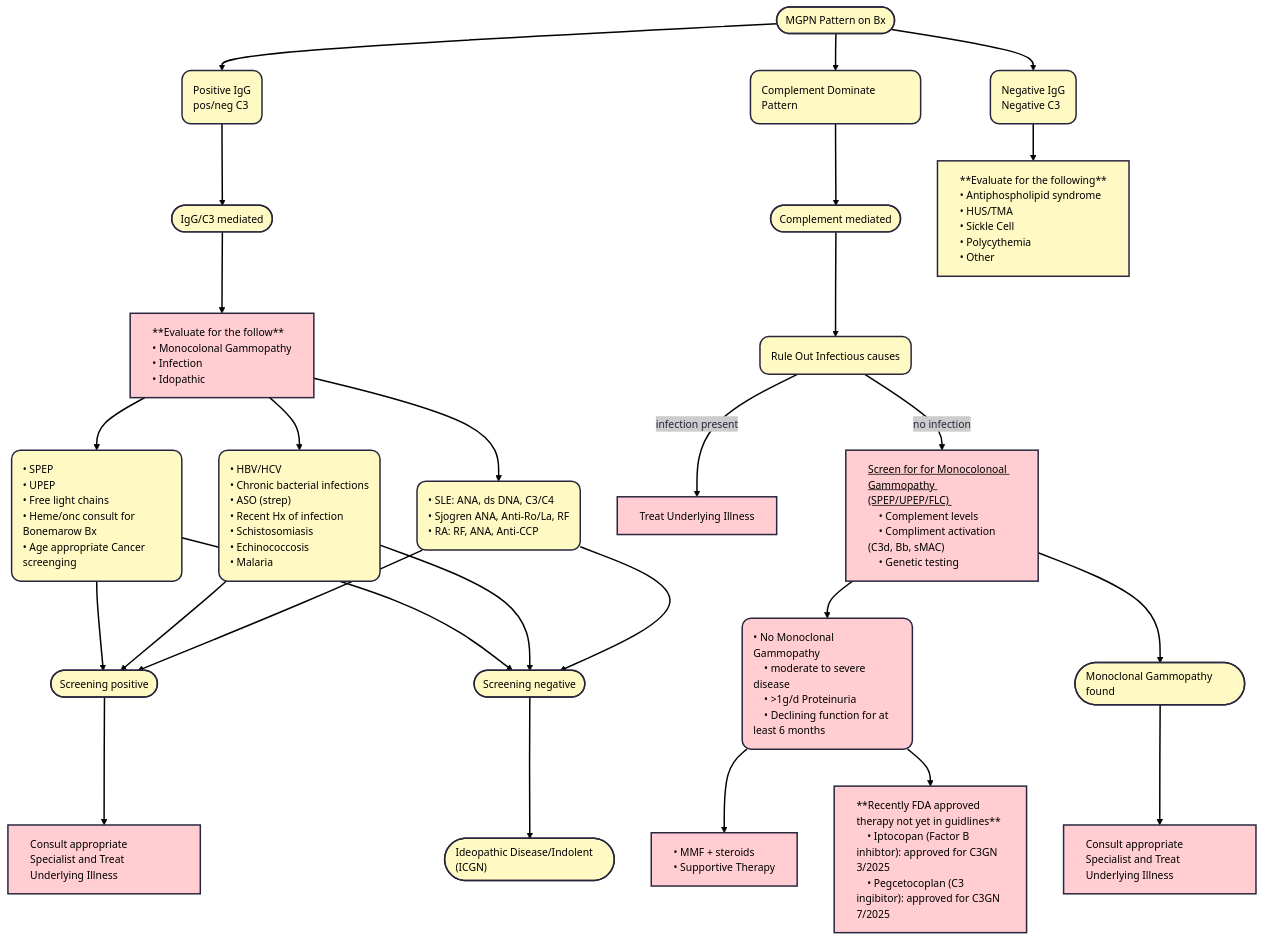
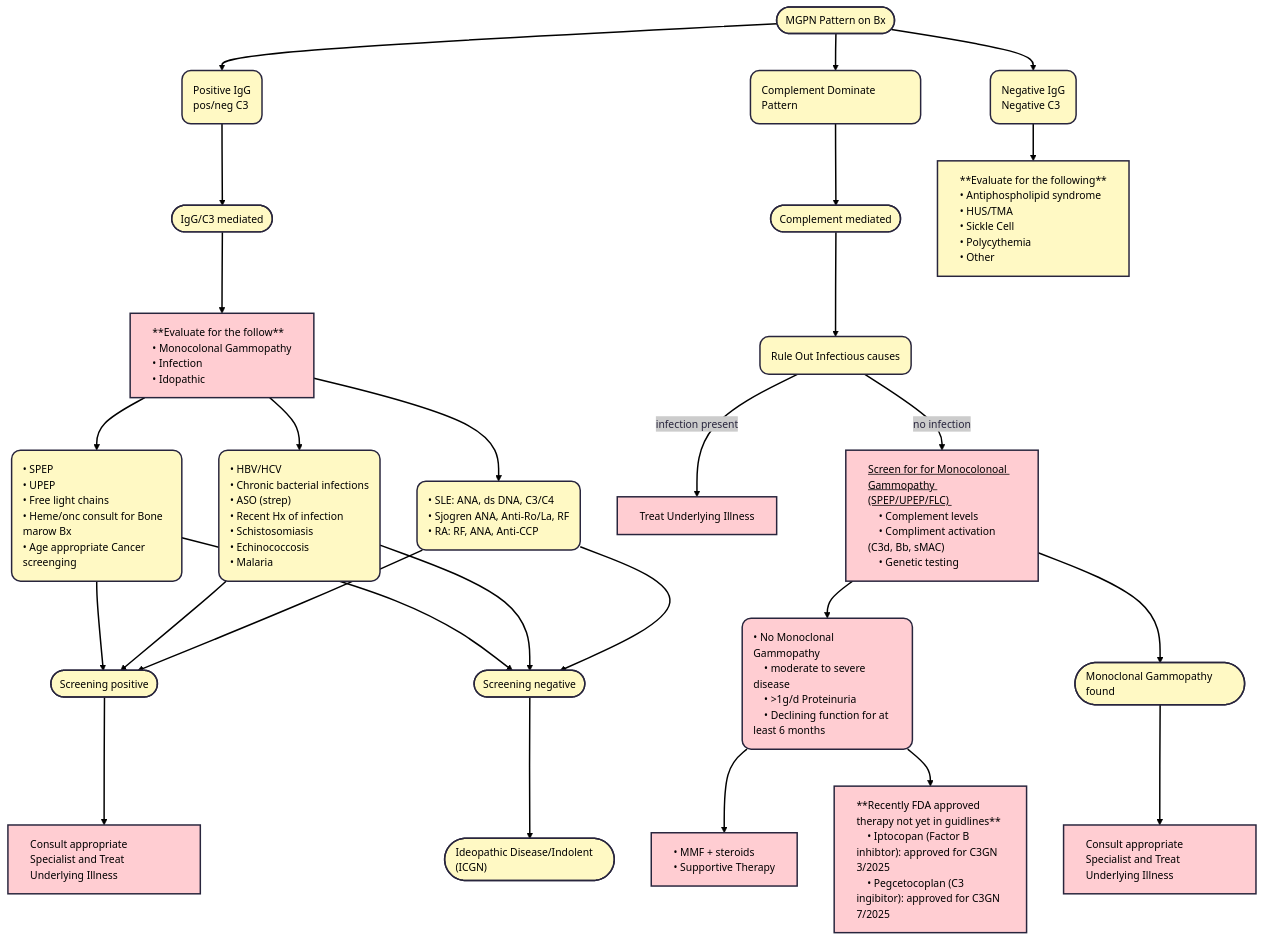
One commit to TTUNEPH2025/GN changed the first of 2 diagrams in docs/MPGN-C3GN.md. Above: the diagram before and after it, drawn with Mermaid. The commit also changed other lines of this file, not shown here.

```diff
--- a/docs/MPGN-C3GN.md
+++ b/docs/MPGN-C3GN.md
@@ -104,7 +104,7 @@
     n9 --> n10["• SPEP
 • UPEP
 • Free light chains
-• Heme/onc consult for Bonemarow Bx
+• Heme/onc consult for Bone marow Bx
 • Age appropriate Cancer screenging"] & n11["• HBV/HCV
 • Chronic bacterial infections
 • ASO (strep)
```
